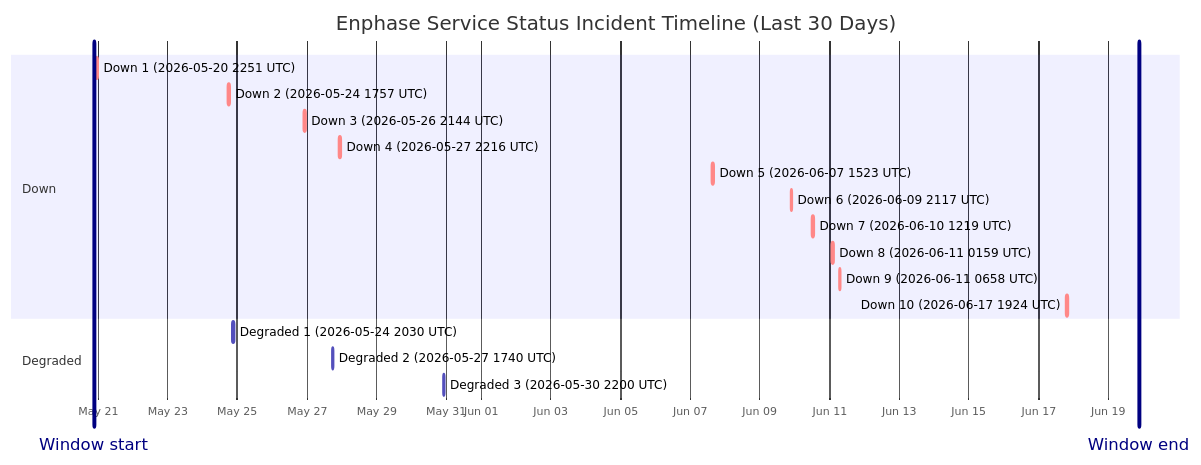
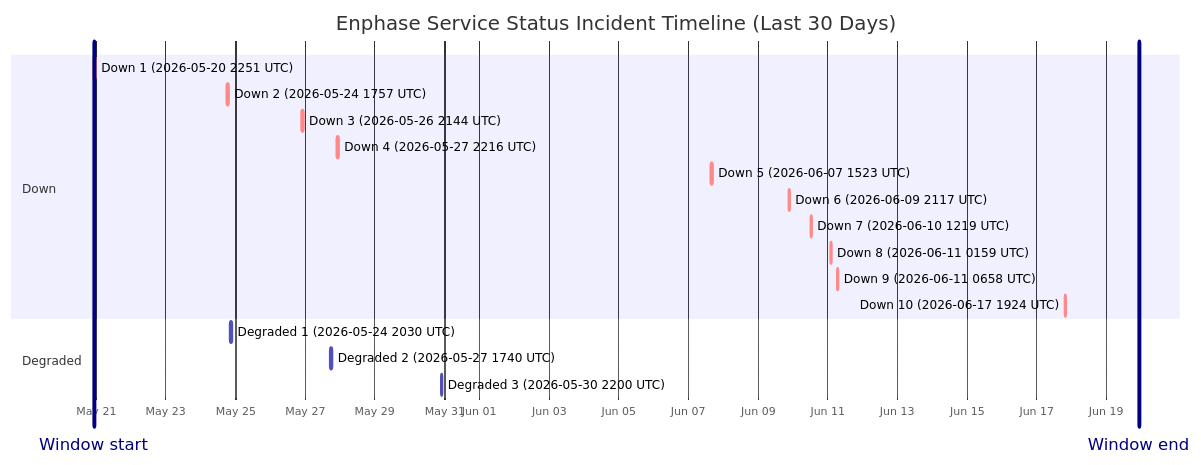
Before and after one commit to barneyonline/ha-enphase-energy: the diagram in wiki/Service-Status-History.md, drawn with Mermaid. The commit also changed other lines of this file and 3 other files, not shown here.

````diff
--- a/wiki/Service-Status-History.md
+++ b/wiki/Service-Status-History.md
@@ -14,23 +14,23 @@
 ```mermaid
 gantt
     title Enphase Service Status Incident Timeline (Last 30 Days)
     dateFormat  YYYY-MM-DDTHH:mm:ss
     axisFormat  %b %d
-    Window start :vert, window-start, 2026-05-20T21:09:13, 0ms
-    Window end :vert, window-end, 2026-06-19T21:09:13, 0ms
+    Window start :vert, window-start, 2026-05-20T22:30:42, 0ms
+    Window end :vert, window-end, 2026-06-19T22:30:42, 0ms
     section Down
     Down 1 (2026-05-20 2251 UTC) :crit, down-1, 2026-05-20T22:51:14, 75m
     Down 2 (2026-05-24 1757 UTC) :crit, down-2, 2026-05-24T17:57:41, 86m
     Down 3 (2026-05-26 2144 UTC) :crit, down-3, 2026-05-26T21:44:11, 85m
     Down 4 (2026-05-27 2216 UTC) :crit, down-4, 2026-05-27T22:16:53, 87m
     Down 5 (2026-06-07 1523 UTC) :crit, down-5, 2026-06-07T15:23:22, 87m
     Down 6 (2026-06-09 2117 UTC) :crit, down-6, 2026-06-09T21:17:17, 60m
     Down 7 (2026-06-10 1219 UTC) :crit, down-7, 2026-06-10T12:19:21, 60m
     Down 8 (2026-06-11 0159 UTC) :crit, down-8, 2026-06-11T01:59:36, 60m
     Down 9 (2026-06-11 0658 UTC) :crit, down-9, 2026-06-11T06:58:45, 60m
     Down 10 (2026-06-17 1924 UTC) :crit, down-10, 2026-06-17T19:24:51, 60m
     section Degraded
     Degraded 1 (2026-05-24 2030 UTC) :active, degraded-1, 2026-05-24T20:30:57, 84m
     Degraded 2 (2026-05-27 1740 UTC) :active, degraded-2, 2026-05-27T17:40:52, 60m
     Degraded 3 (2026-05-30 2200 UTC) :active, degraded-3, 2026-05-30T22:00:37, 60m
 ```
````
